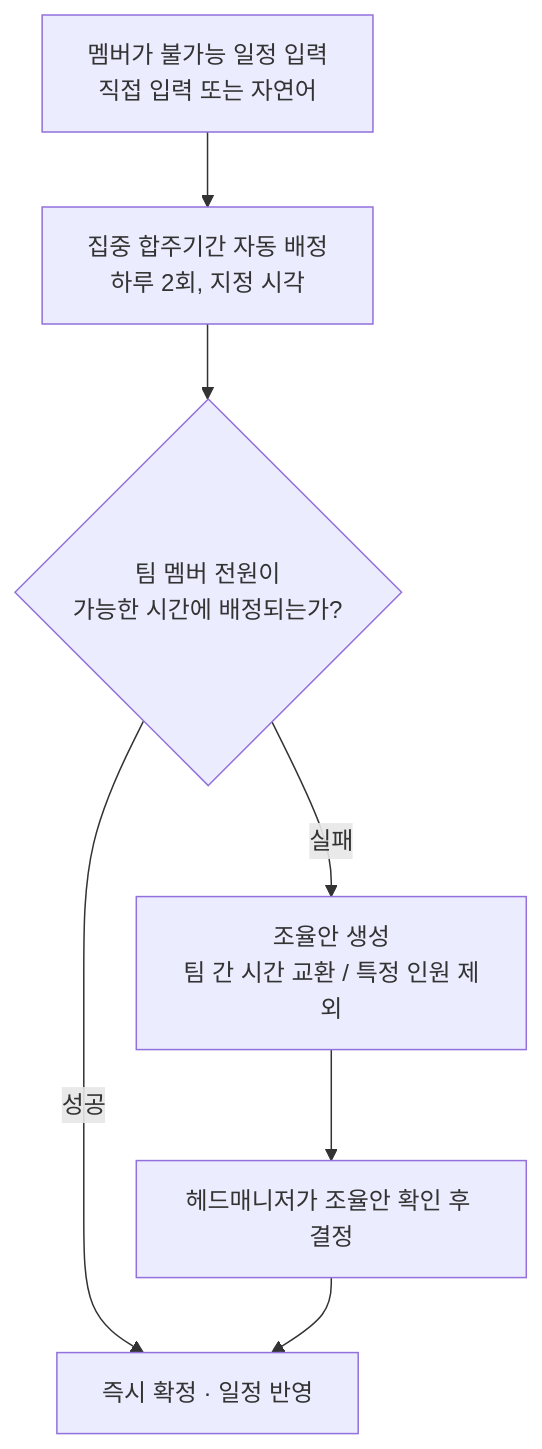
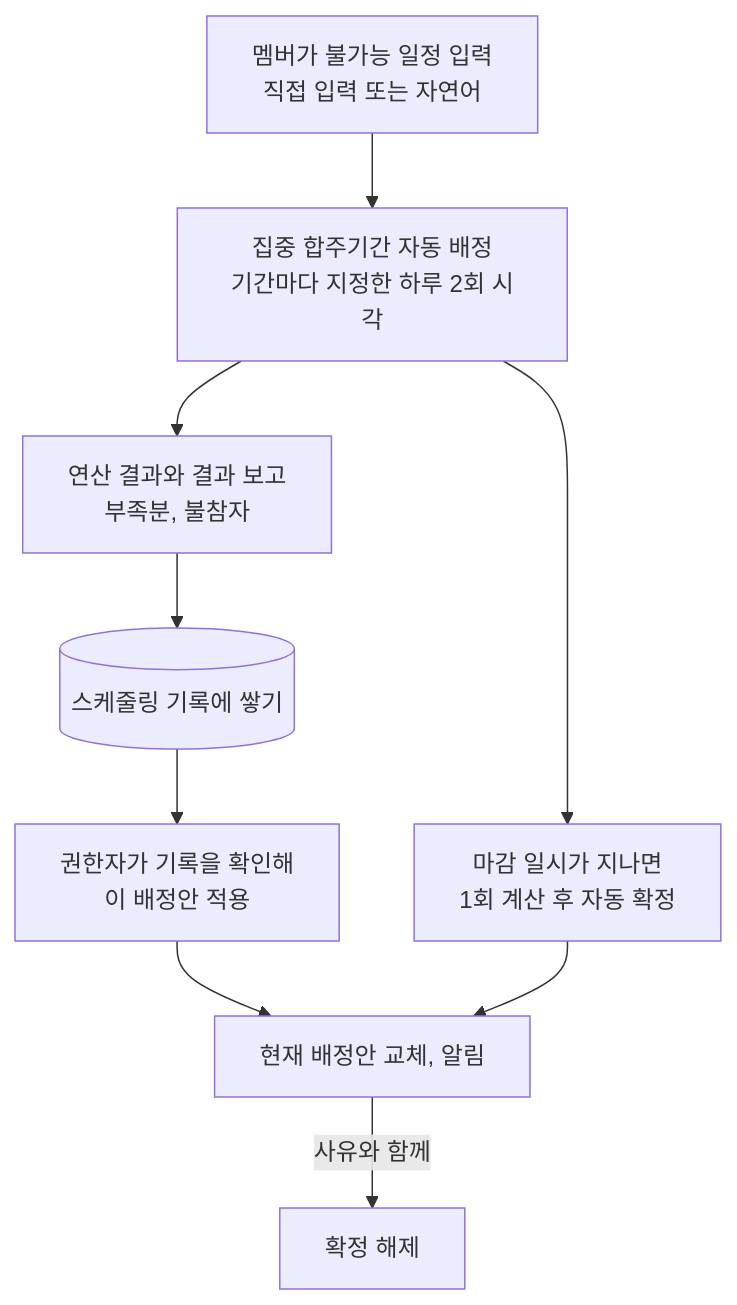
The diagram in README.md (minkong-dev/Banblit), drawn with Mermaid before and after one commit. The commit also changed other lines of this file and 21 other files, not shown here.

````diff
--- a/README.md
+++ b/README.md
@@ -19,9 +19,11 @@
 ```mermaid
 flowchart TD
-    A[멤버가 불가능 일정 입력<br/>직접 입력 또는 자연어] --> B[집중 합주기간 자동 배정<br/>하루 2회, 지정 시각]
-    B --> C{팀 멤버 전원이<br/>가능한 시간에 배정되는가?}
-    C -->|성공| D[즉시 확정 · 일정 반영]
-    C -->|실패| E[조율안 생성<br/>팀 간 시간 교환 / 특정 인원 제외]
-    E --> F[헤드매니저가 조율안 확인 후 결정]
-    F --> D
+    A[멤버가 불가능 일정 입력<br/>직접 입력 또는 자연어] --> B[집중 합주기간 자동 배정<br/>기간마다 지정한 하루 2회 시각]
+    B --> C[연산 결과와 결과 보고<br/>부족분, 불참자]
+    C --> D[(스케줄링 기록에 쌓기)]
+    D --> E[권한자가 기록을 확인해<br/>이 배정안 적용]
+    B --> F[마감 일시가 지나면<br/>1회 계산 후 자동 확정]
+    E --> G[현재 배정안 교체, 알림]
+    F --> G
+    G -->|사유와 함께| H[확정 해제]
 ```
````
